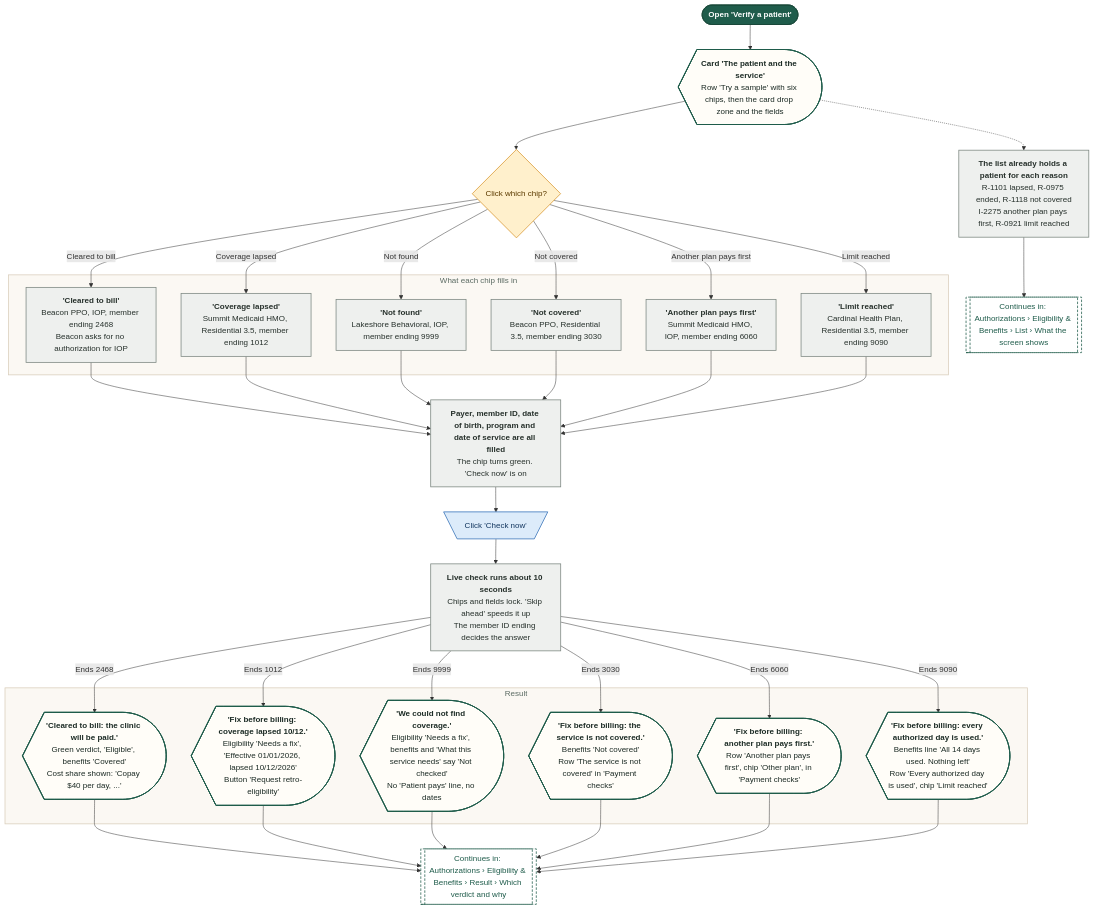
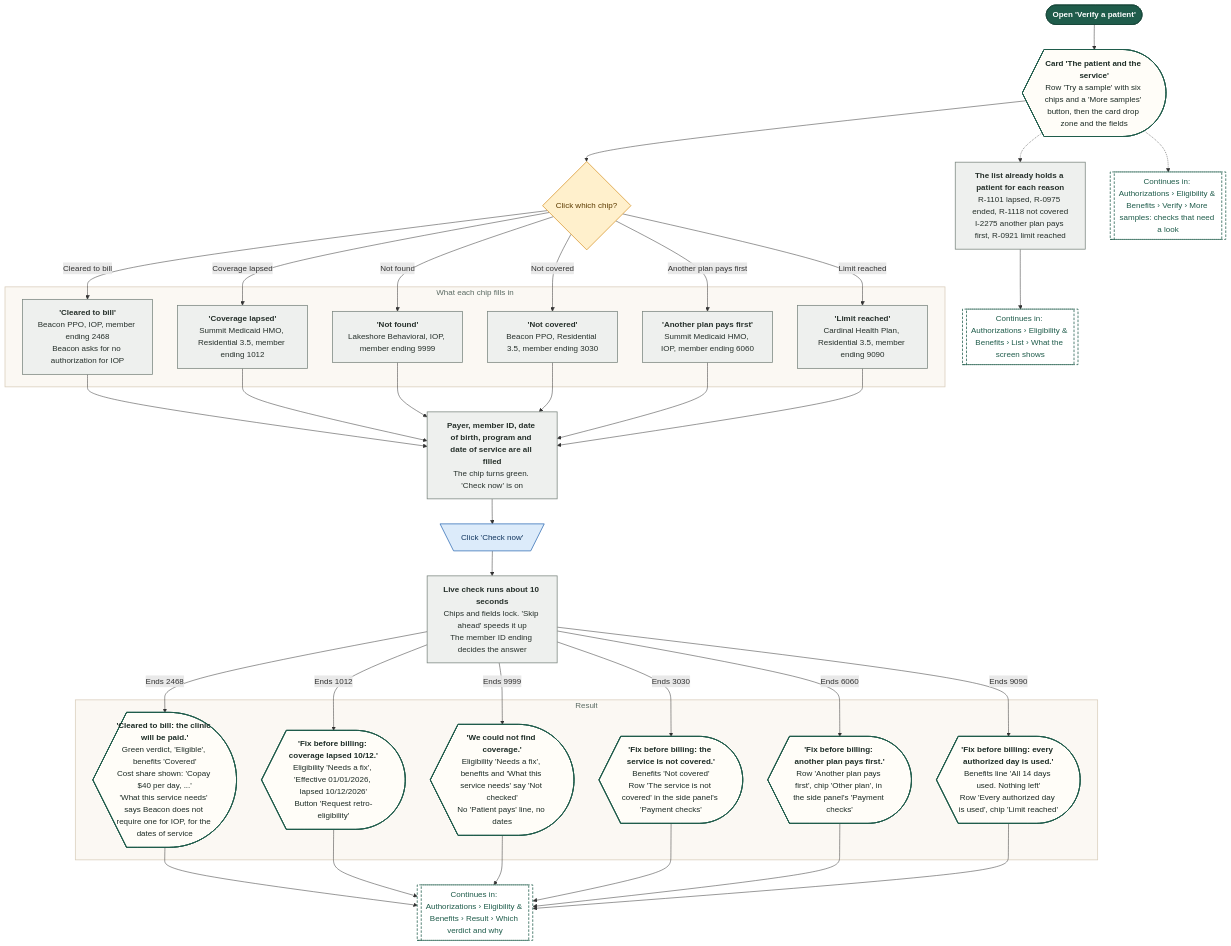
Before and after one commit to Shrav143/psyfloapp: the seventh of 28 diagrams in demos/prior-auth-demo/workflows/out/md/05-eligibility.md, drawn with Mermaid. The commit also changed other lines of this file and 251 other files, not shown here.

First line of the commit message:
docs: rebuild the workflow diagrams (291) for round 4

````diff
--- a/demos/prior-auth-demo/workflows/out/md/05-eligibility.md
+++ b/demos/prior-auth-demo/workflows/out/md/05-eligibility.md
@@ -493,69 +498,71 @@
 ```mermaid
 %%{init: {"theme":"base","themeVariables":{"fontFamily":"'DM Sans', 'Segoe UI', system-ui, sans-serif","fontSize":"15px","lineColor":"#5B6B63","primaryTextColor":"#1C2B25","clusterBkg":"#FBF8F3","clusterBorder":"#D9CDBB","edgeLabelBackground":"#FFFFFF"},"flowchart":{"curve":"basis","nodeSpacing":36,"rankSpacing":48,"padding":12,"htmlLabels":true,"useMaxWidth":false,"wrappingWidth":230}} }%%
 flowchart TD
   classDef k_start fill:#1F5C4B,stroke:#174638,color:#FFFFFF,stroke-width:1.5px,font-weight:600
   classDef k_end fill:#DDEFE3,stroke:#2E7D4F,color:#14502F,stroke-width:1.5px,font-weight:600
   classDef k_endx fill:#FBE3E0,stroke:#C0392B,color:#7A1F16,stroke-width:1.5px,font-weight:600
   classDef k_screen fill:#FFFDF8,stroke:#1F5C4B,color:#1C2B25,stroke-width:2px
   classDef k_overlay fill:#F1F7F3,stroke:#1F5C4B,color:#1C2B25,stroke-width:2px,stroke-dasharray:5 3
   classDef k_click fill:#DCEBFA,stroke:#2F6DB5,color:#12365F,stroke-width:1.5px
   classDef k_input fill:#E4E7FF,stroke:#4C5FD5,color:#1D2670,stroke-width:1.5px
   classDef k_process fill:#EEF0EE,stroke:#7A857F,color:#26302B,stroke-width:1.5px
   classDef k_agent fill:#EEE5FA,stroke:#7A4FC2,color:#341A63,stroke-width:1.5px
   classDef k_decision fill:#FFF0CC,stroke:#D9962B,color:#5C3B00,stroke-width:1.5px
   classDef k_store fill:#D5F0EA,stroke:#1C8E7B,color:#0B4A3F,stroke-width:1.5px
   classDef k_doc fill:#F6E9DC,stroke:#B07A4C,color:#4A2E14,stroke-width:1.5px
   classDef k_ext fill:#FFE6D2,stroke:#E07B39,color:#6B2F06,stroke-width:1.5px
   classDef k_wait fill:#E4E8EE,stroke:#6B7C93,color:#26303D,stroke-width:1.5px
   classDef k_toast fill:#FFF9DB,stroke:#C9A400,color:#5A4A00,stroke-width:1.5px
   classDef k_goto fill:#FFFFFF,stroke:#1F5C4B,color:#1F5C4B,stroke-width:1.5px,stroke-dasharray:5 3
   s1@{ shape: stadium, label: "Open 'Verify a patient'" }
-  sc@{ shape: curv-trap, label: "<b>Card 'The patient and the service'</b><br/>Row 'Try a sample' with six chips, then the card drop zone and the fields" }
+  sc@{ shape: curv-trap, label: "<b>Card 'The patient and the service'</b><br/>Row 'Try a sample' with six chips and a 'More samples' button, then the card drop zone and the fields" }
   q1@{ shape: diam, label: "Click which chip?" }
   subgraph gPick ["What each chip fills in"]
   p1@{ shape: rect, label: "<b>'Cleared to bill'</b><br/>Beacon PPO, IOP, member ending 2468<br/>Beacon asks for no authorization for IOP" }
   p2@{ shape: rect, label: "<b>'Coverage lapsed'</b><br/>Summit Medicaid HMO, Residential 3.5, member ending 1012" }
   p3@{ shape: rect, label: "<b>'Not found'</b><br/>Lakeshore Behavioral, IOP, member ending 9999" }
   p4@{ shape: rect, label: "<b>'Not covered'</b><br/>Beacon PPO, Residential 3.5, member ending 3030" }
   p5@{ shape: rect, label: "<b>'Another plan pays first'</b><br/>Summit Medicaid HMO, IOP, member ending 6060" }
   p6@{ shape: rect, label: "<b>'Limit reached'</b><br/>Cardinal Health Plan, Residential 3.5, member ending 9090" }
   end
   pf@{ shape: rect, label: "<b>Payer, member ID, date of birth, program and date of service are all filled</b><br/>The chip turns green. 'Check now' is on" }
   c1@{ shape: trap-t, label: "Click 'Check now'" }
   ck@{ shape: rect, label: "<b>Live check runs about 10 seconds</b><br/>Chips and fields lock. 'Skip ahead' speeds it up<br/>The member ID ending decides the answer" }
   subgraph gRes ["Result"]
-  r1@{ shape: curv-trap, label: "<b>'Cleared to bill: the clinic will be paid.'</b><br/>Green verdict, 'Eligible', benefits 'Covered'<br/>Cost share shown: 'Copay $40 per day, ...'" }
+  r1@{ shape: curv-trap, label: "<b>'Cleared to bill: the clinic will be paid.'</b><br/>Green verdict, 'Eligible', benefits 'Covered'<br/>Cost share shown: 'Copay $40 per day, ...'<br/>'What this service needs' says Beacon does not require one for IOP, for the dates of service" }
   r2@{ shape: curv-trap, label: "<b>'Fix before billing: coverage lapsed 10/12.'</b><br/>Eligibility 'Needs a fix', 'Effective 01/01/2026, lapsed 10/12/2026'<br/>Button 'Request retro-eligibility'" }
   r3@{ shape: curv-trap, label: "<b>'We could not find coverage.'</b><br/>Eligibility 'Needs a fix', benefits and 'What this service needs' say 'Not checked'<br/>No 'Patient pays' line, no dates" }
-  r4@{ shape: curv-trap, label: "<b>'Fix before billing: the service is not covered.'</b><br/>Benefits 'Not covered'<br/>Row 'The service is not covered' in 'Payment checks'" }
-  r5@{ shape: curv-trap, label: "<b>'Fix before billing: another plan pays first.'</b><br/>Row 'Another plan pays first', chip 'Other plan', in 'Payment checks'" }
+  r4@{ shape: curv-trap, label: "<b>'Fix before billing: the service is not covered.'</b><br/>Benefits 'Not covered'<br/>Row 'The service is not covered' in the side panel's 'Payment checks'" }
+  r5@{ shape: curv-trap, label: "<b>'Fix before billing: another plan pays first.'</b><br/>Row 'Another plan pays first', chip 'Other plan', in the side panel's 'Payment checks'" }
   r6@{ shape: curv-trap, label: "<b>'Fix before billing: every authorized day is used.'</b><br/>Benefits line 'All 14 days used. Nothing left'<br/>Row 'Every authorized day is used', chip 'Limit reached'" }
   end
   sd@{ shape: rect, label: "<b>The list already holds a patient for each reason</b><br/>R-1101 lapsed, R-0975 ended, R-1118 not covered<br/>I-2275 another plan pays first, R-0921 limit reached" }
   g1@{ shape: subproc, label: "Continues in: Authorizations › Eligibility & Benefits › Result › Which verdict and why" }
   g2@{ shape: subproc, label: "Continues in: Authorizations › Eligibility & Benefits › List › What the screen shows" }
+  g3@{ shape: subproc, label: "Continues in: Authorizations › Eligibility & Benefits › Verify › More samples: checks that need a look" }
   s1 --> sc --> q1
   q1 -->|"Cleared to bill"| p1 --> pf
   q1 -->|"Coverage lapsed"| p2 --> pf
   q1 -->|"Not found"| p3 --> pf
   q1 -->|"Not covered"| p4 --> pf
   q1 -->|"Another plan pays first"| p5 --> pf
   q1 -->|"Limit reached"| p6 --> pf
   pf --> c1 --> ck
   ck -->|"Ends 2468"| r1
   ck -->|"Ends 1012"| r2
   ck -->|"Ends 9999"| r3
   ck -->|"Ends 3030"| r4
   ck -->|"Ends 6060"| r5
   ck -->|"Ends 9090"| r6
   r1 & r2 & r3 & r4 & r5 & r6 --> g1
   sc -.-> sd --> g2
+  sc -.-> g3
   class s1 k_start
   class sc,r1,r2,r3,r4,r5,r6 k_screen
   class q1 k_decision
   class p1,p2,p3,p4,p5,p6,pf,ck,sd k_process
   class c1 k_click
-  class g1,g2 k_goto
+  class g1,g2,g3 k_goto
   style gPick fill:#FBF8F3,stroke:#D9CDBB,stroke-width:1.5px,color:#5B6B63
   style gRes fill:#FBF8F3,stroke:#D9CDBB,stroke-width:1.5px,color:#5B6B63
 ```
````
